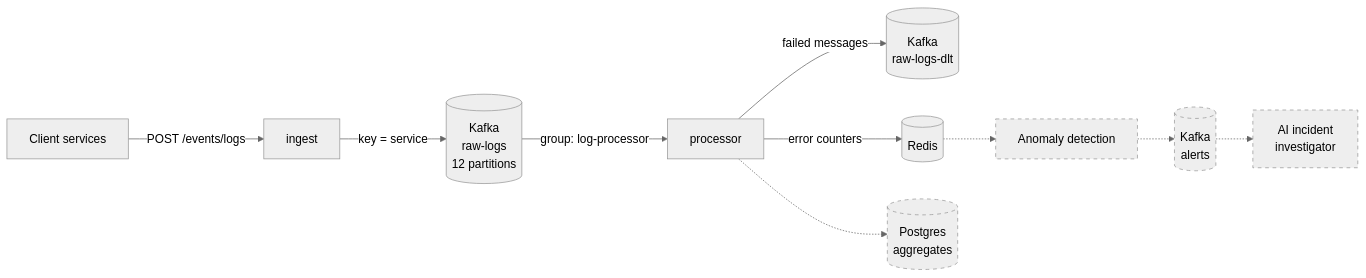
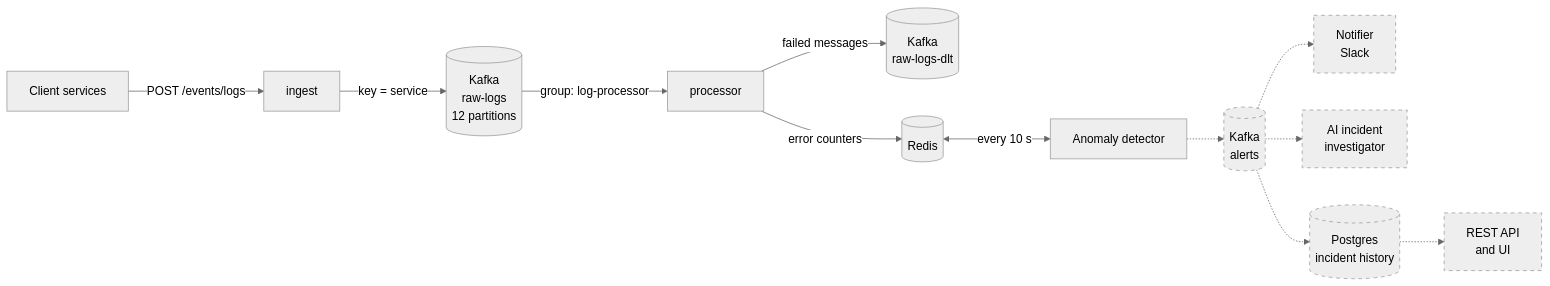
One commit to ShaharAshe/log-analytics-platform changed the first of 2 diagrams in README.md. Above: the diagram before and after it, drawn with Mermaid (neutral theme). The commit also changed other lines of this file and 1 other file, not shown here.

Commit message:
Document incident detection and the updated roadmap

````diff
--- a/README.md
+++ b/README.md
@@ -25,15 +26,17 @@
 ```mermaid
 flowchart LR
   S[Client services] -->|POST /events/logs| I[ingest]
   I -->|key = service| K[(Kafka<br/>raw-logs<br/>12 partitions)]
   K -->|group: log-processor| P[processor]
   P -->|failed messages| D[(Kafka<br/>raw-logs-dlt)]
   P -->|error counters| R[(Redis)]
-  R -.-> A[Anomaly detection]
+  R <-->|every 10 s| A[Anomaly detector]
   A -.-> AL[(Kafka<br/>alerts)]
+  AL -.-> N[Notifier<br/>Slack]
   AL -.-> AI[AI incident<br/>investigator]
-  P -.-> DB[(Postgres<br/>aggregates)]
+  AL -.-> DB[(Postgres<br/>incident history)]
+  DB -.-> API[REST API<br/>and UI]
 
   classDef planned stroke-dasharray: 5 5
-  class A,AL,AI,DB planned
+  class AL,N,AI,DB,API planned
 ```
````
